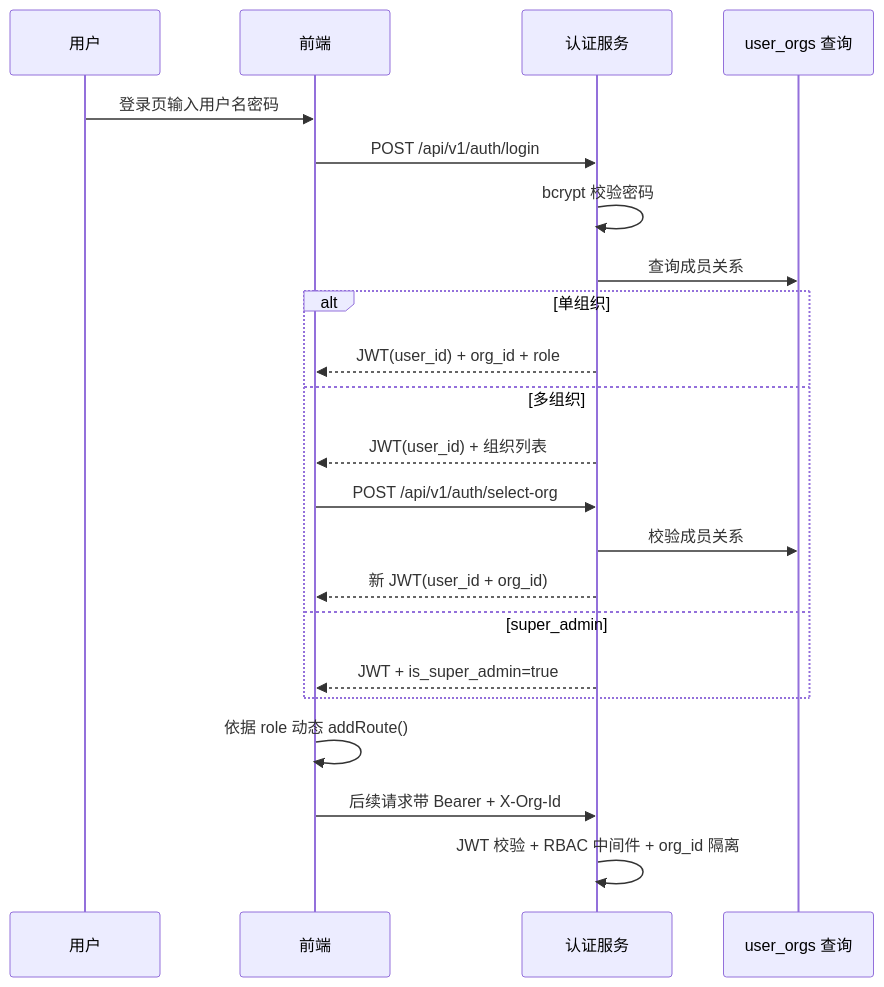
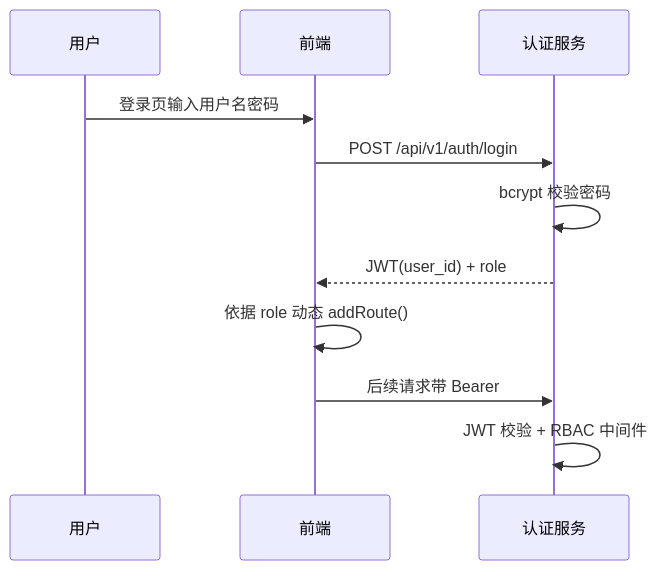
Before and after one commit to Fanc1er/Kate: the third of 4 diagrams in .monkeycode/specs/cinsight-platform/design.md, drawn with Mermaid. The commit also changed other lines of this file and 5 other files, not shown here.

````diff
--- a/.monkeycode/specs/cinsight-platform/design.md
+++ b/.monkeycode/specs/cinsight-platform/design.md
@@ -101,25 +101,14 @@
 ```mermaid
 sequenceDiagram
     participant U as 用户
     participant F as 前端
     participant A as 认证服务
-    participant O as user_orgs 查询
 
     U->>F: 登录页输入用户名密码
     F->>A: POST /api/v1/auth/login
     A->>A: bcrypt 校验密码
-    A->>O: 查询成员关系
-    alt 单组织
-        A-->>F: JWT(user_id) + org_id + role
-    else 多组织
-        A-->>F: JWT(user_id) + 组织列表
-        F->>A: POST /api/v1/auth/select-org
-        A->>O: 校验成员关系
-        A-->>F: 新 JWT(user_id + org_id)
-    else super_admin
-        A-->>F: JWT + is_super_admin=true
-    end
+    A-->>F: JWT(user_id) + role
     F->>F: 依据 role 动态 addRoute()
-    F->>A: 后续请求带 Bearer + X-Org-Id
-    A->>A: JWT 校验 + RBAC 中间件 + org_id 隔离
+    F->>A: 后续请求带 Bearer
+    A->>A: JWT 校验 + RBAC 中间件
 ```
````
